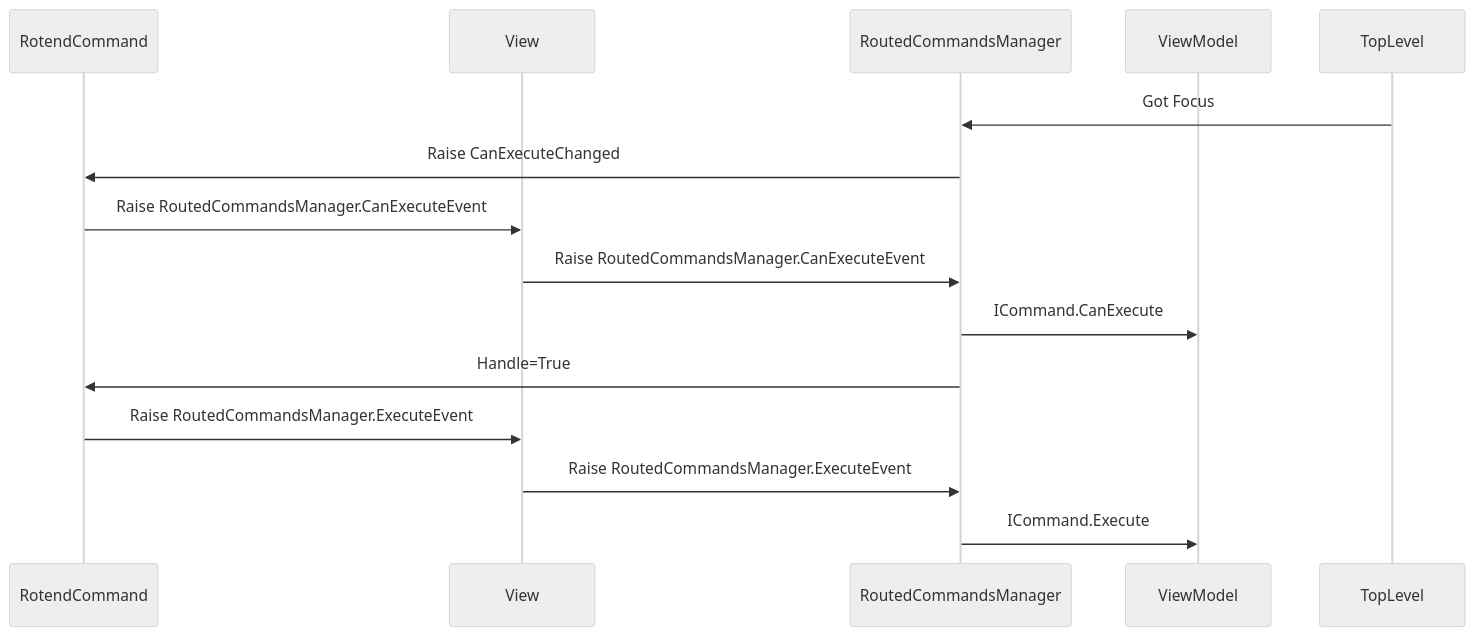
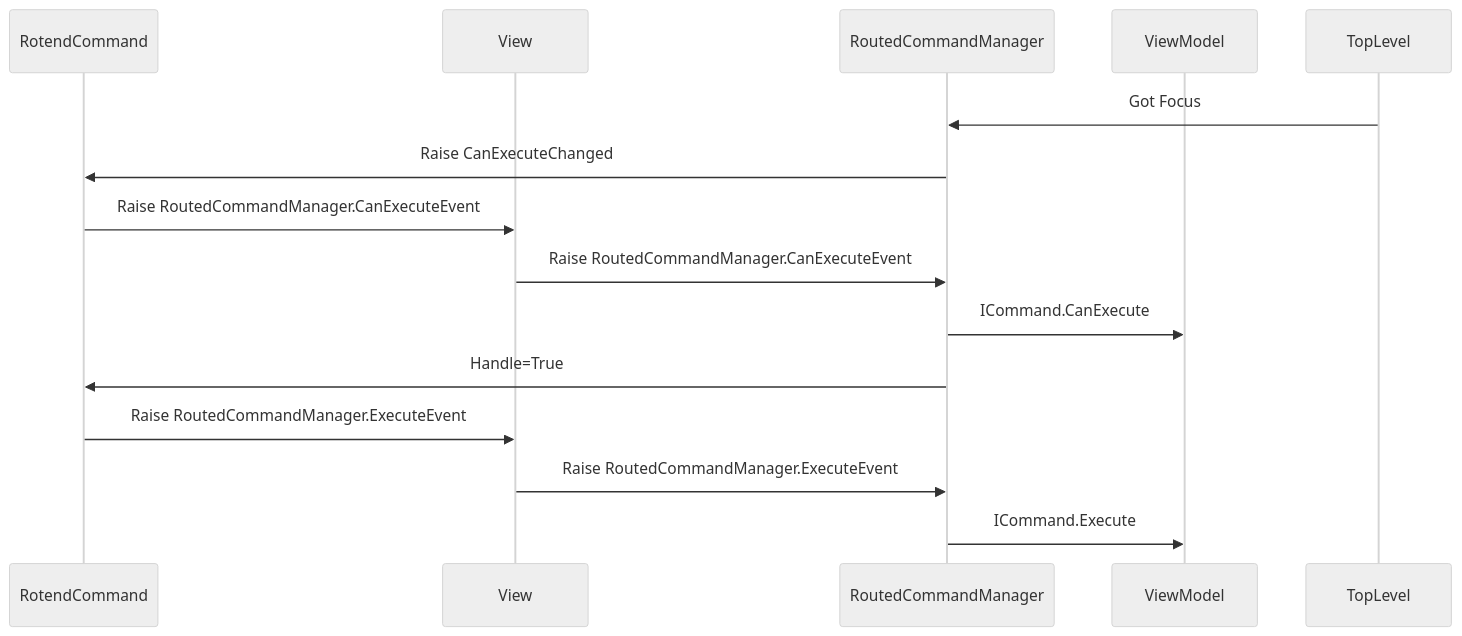
The diagram in src/Avalonia.Labs.RoutedCommand/README.md (AvaloniaUI/Avalonia.Labs), drawn with Mermaid (neutral theme) before and after one commit. The commit also changed other lines of this file and 7 other files, not shown here.

```````diff
--- a/src/Avalonia.Labs.RoutedCommand/README.md
+++ b/src/Avalonia.Labs.RoutedCommand/README.md
@@ -7,17 +7,17 @@
 ```mermaid
 sequenceDiagram
     participant RotendCommand
     participant View
-    participant RoutedCommandsManager
+    participant RoutedCommandManager
     participant ViewModel
     participant TopLevel
-    TopLevel->>RoutedCommandsManager: Got Focus
-    RoutedCommandsManager->>RotendCommand: Raise CanExecuteChanged
-    RotendCommand->>View: Raise RoutedCommandsManager.CanExecuteEvent
-    View->>RoutedCommandsManager: Raise RoutedCommandsManager.CanExecuteEvent
-    RoutedCommandsManager->>ViewModel: ICommand.CanExecute
-    RoutedCommandsManager->>RotendCommand: Handle=True
-    RotendCommand->>View: Raise RoutedCommandsManager.ExecuteEvent
-    View->>RoutedCommandsManager: Raise RoutedCommandsManager.ExecuteEvent
-    RoutedCommandsManager->>ViewModel: ICommand.Execute
+    TopLevel->>RoutedCommandManager: Got Focus
+    RoutedCommandManager->>RotendCommand: Raise CanExecuteChanged
+    RotendCommand->>View: Raise RoutedCommandManager.CanExecuteEvent
+    View->>RoutedCommandManager: Raise RoutedCommandManager.CanExecuteEvent
+    RoutedCommandManager->>ViewModel: ICommand.CanExecute
+    RoutedCommandManager->>RotendCommand: Handle=True
+    RotendCommand->>View: Raise RoutedCommandManager.ExecuteEvent
+    View->>RoutedCommandManager: Raise RoutedCommandManager.ExecuteEvent
+    RoutedCommandManager->>ViewModel: ICommand.Execute
 ``````
```````
